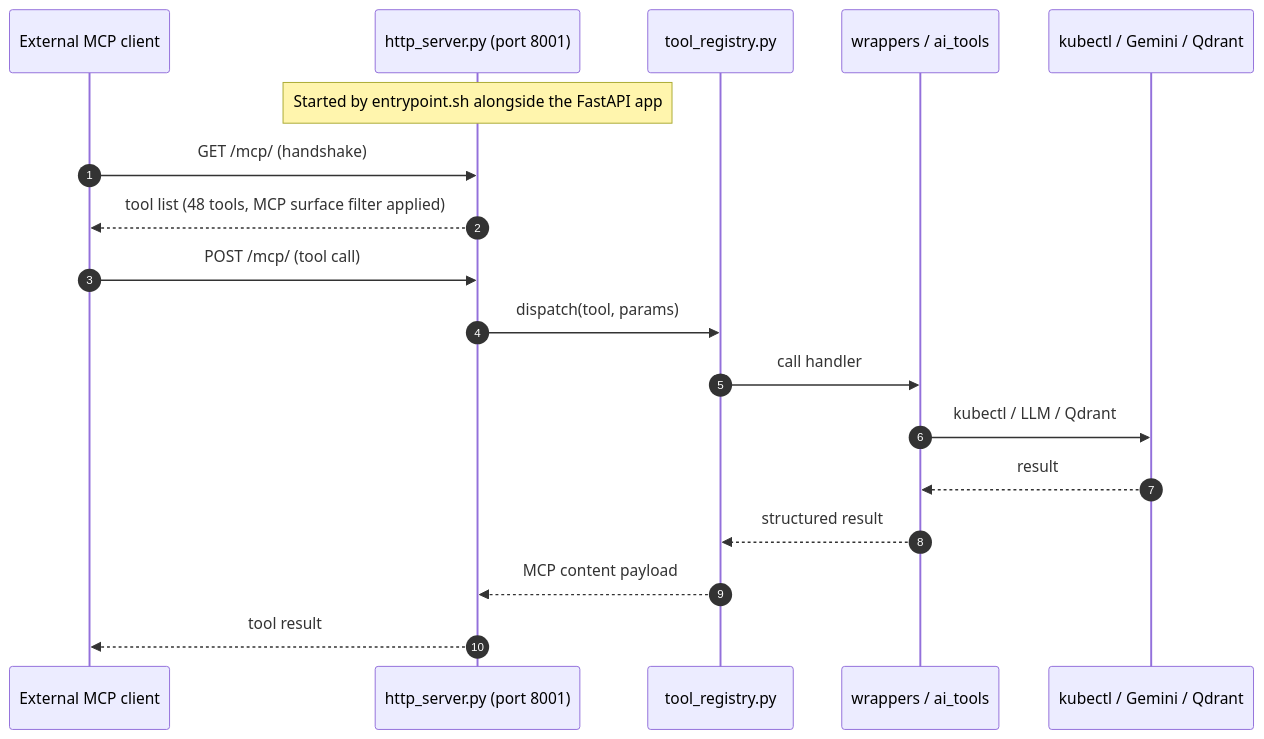
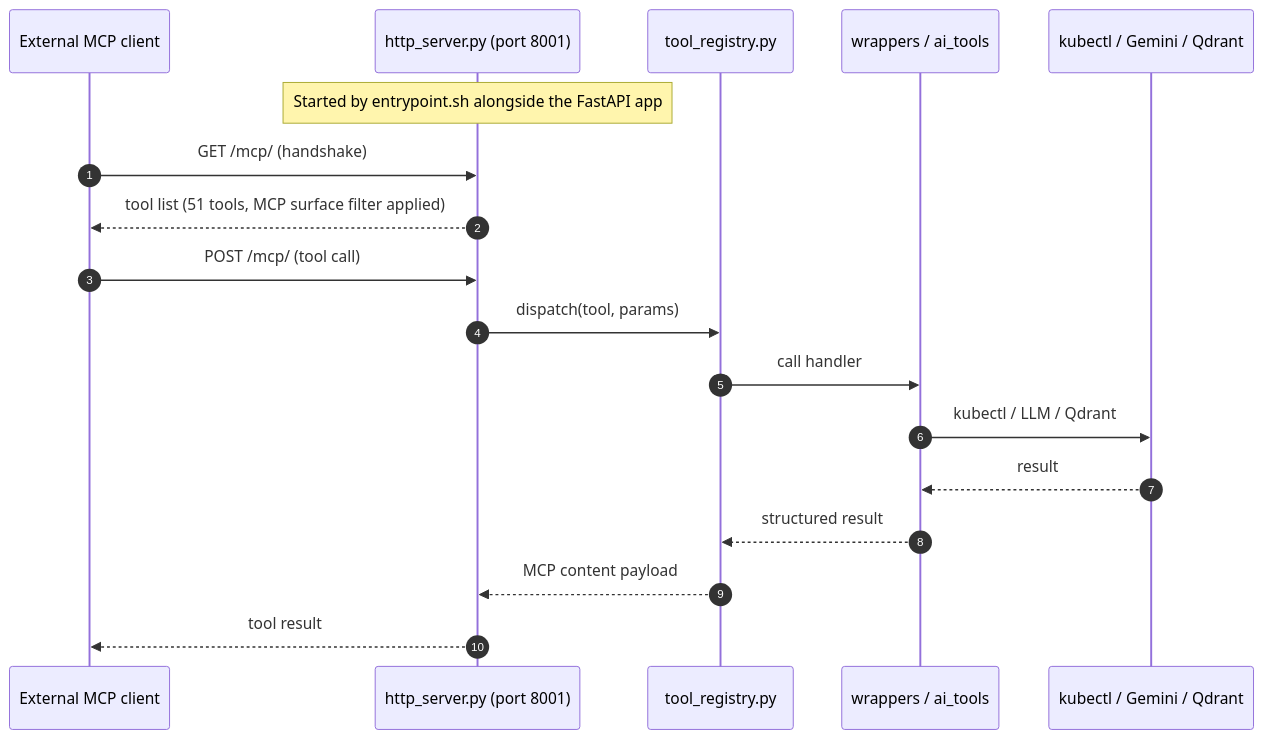
One commit to astraverse-io/KubeAstra changed the fifth of 6 diagrams in docs/ARCHITECTURE_DIAGRAM.md. Above: the diagram before and after it, drawn with Mermaid. The commit also changed other lines of this file and 6 other files, not shown here.

````diff
--- a/docs/ARCHITECTURE_DIAGRAM.md
+++ b/docs/ARCHITECTURE_DIAGRAM.md
@@ -279,21 +279,21 @@
 ```mermaid
 sequenceDiagram
     autonumber
     participant C as External MCP client
     participant H as http_server.py (port 8001)
     participant REG as tool_registry.py
     participant W as wrappers / ai_tools
     participant E as kubectl / Gemini / Qdrant
 
     Note over H: Started by entrypoint.sh alongside the FastAPI app
     C->>H: GET /mcp/ (handshake)
-    H-->>C: tool list (48 tools, MCP surface filter applied)
+    H-->>C: tool list (51 tools, MCP surface filter applied)
     C->>H: POST /mcp/ (tool call)
     H->>REG: dispatch(tool, params)
     REG->>W: call handler
     W->>E: kubectl / LLM / Qdrant
     E-->>W: result
     W-->>REG: structured result
     REG-->>H: MCP content payload
     H-->>C: tool result
 ```
````
